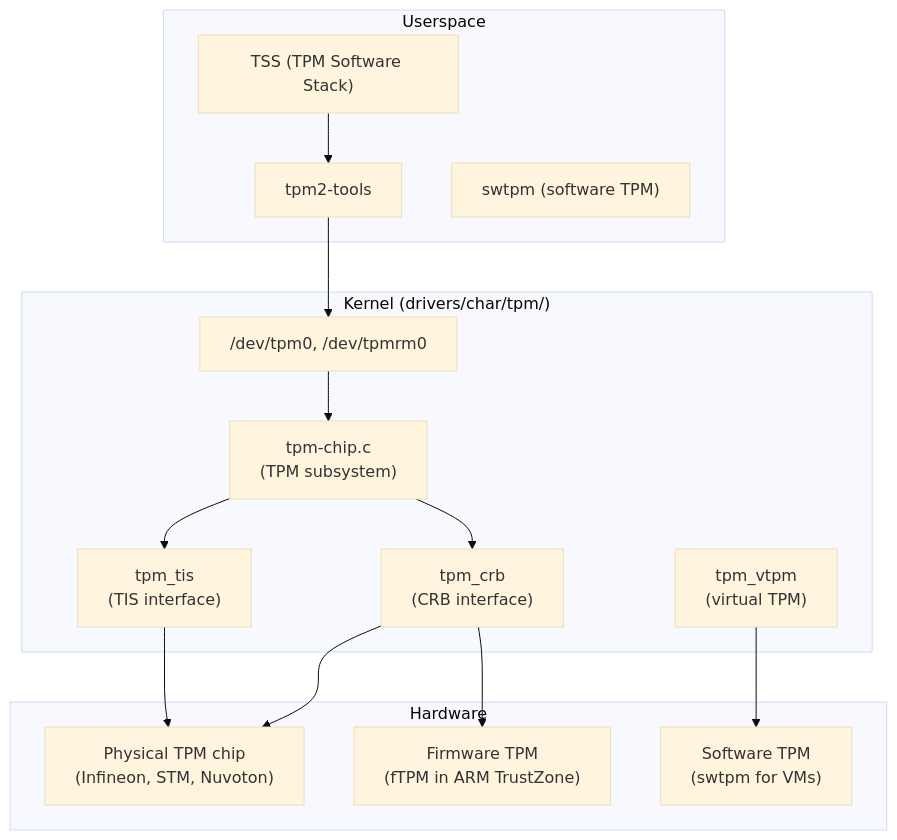
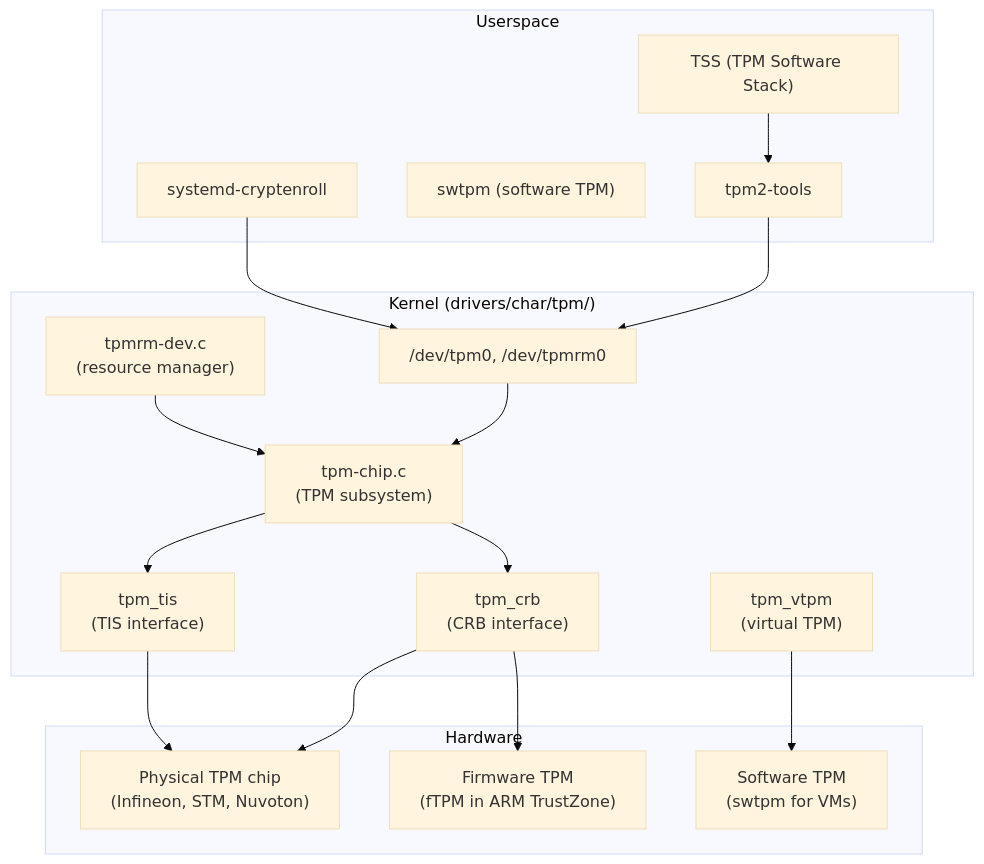
One commit to Abhinav-Kumar012/lb2 changed the first of 7 diagrams in src/kernel/security/tpm.md. Above: the diagram before and after it, drawn with Mermaid (base theme). The commit also changed other lines of this file, not shown here.

Commit message:
Expand src/kernel/security/tpm.md: threat model, kernel internals, fTPM, PCR mechanism, policy sessions, virtual TPM

````diff
--- a/src/kernel/security/tpm.md
+++ b/src/kernel/security/tpm.md
@@ -30,32 +31,36 @@
 ```mermaid
 flowchart TD
     subgraph Userspace["Userspace"]
         TPM2TOOLS["tpm2-tools"]
         TSS["TSS (TPM Software Stack)"]
         SWTPM["swtpm (software TPM)"]
+        SYSTEMD["systemd-cryptenroll"]
     end
 
     subgraph Kernel["Kernel (drivers/char/tpm/)"]
         TPM_CORE["tpm-chip.c<br/>(TPM subsystem)"]
         TPM_DEV["/dev/tpm0, /dev/tpmrm0"]
         TPM_CRB["tpm_crb<br/>(CRB interface)"]
         TPM_TIS["tpm_tis<br/>(TIS interface)"]
         TPM_VTPM["tpm_vtpm<br/>(virtual TPM)"]
+        TPMRM["tpmrm-dev.c<br/>(resource manager)"]
     end
 
     subgraph Hardware["Hardware"]
         HW_TPM["Physical TPM chip<br/>(Infineon, STM, Nuvoton)"]
         FW_TPM["Firmware TPM<br/>(fTPM in ARM TrustZone)"]
         SW_TPM["Software TPM<br/>(swtpm for VMs)"]
     end
 
     TSS --> TPM2TOOLS
     TPM2TOOLS --> TPM_DEV
+    SYSTEMD --> TPM_DEV
     TPM_DEV --> TPM_CORE
+    TPMRM --> TPM_CORE
     TPM_CORE --> TPM_CRB
     TPM_CORE --> TPM_TIS
     TPM_CRB --> HW_TPM
     TPM_CRB --> FW_TPM
     TPM_TIS --> HW_TPM
     TPM_VTPM --> SW_TPM
 ```
````
